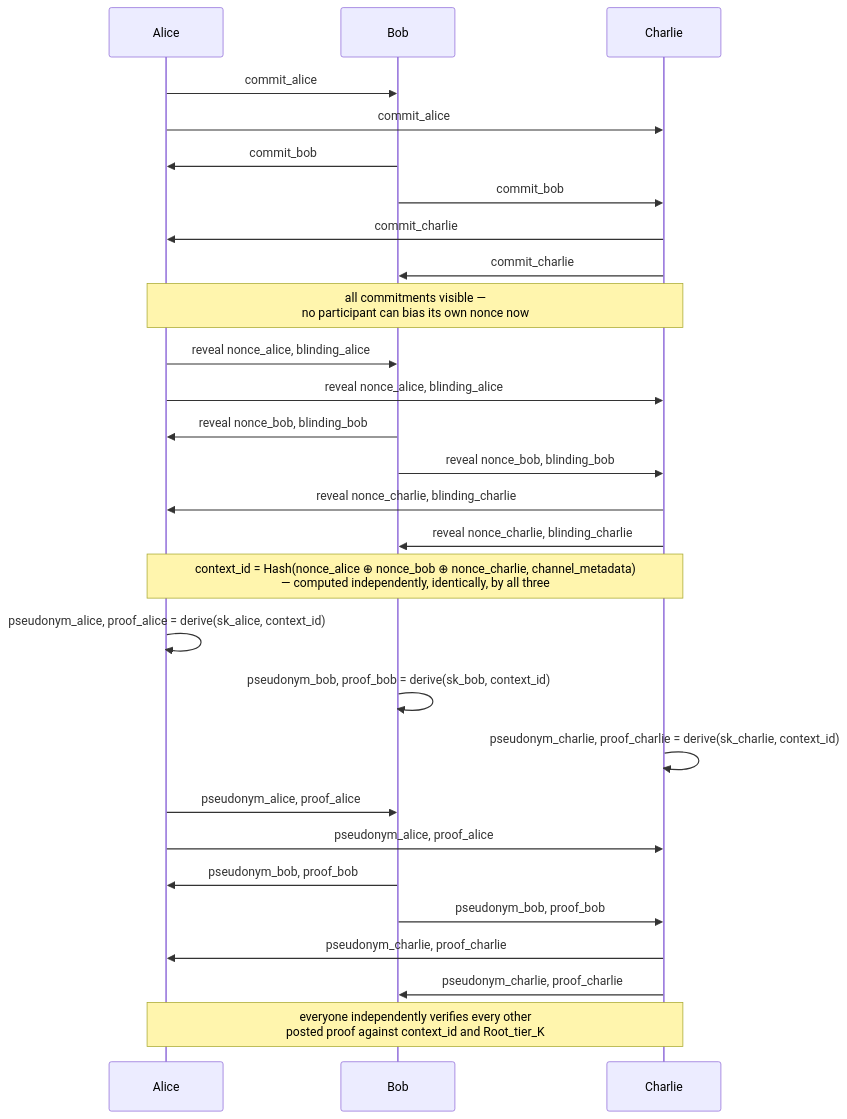
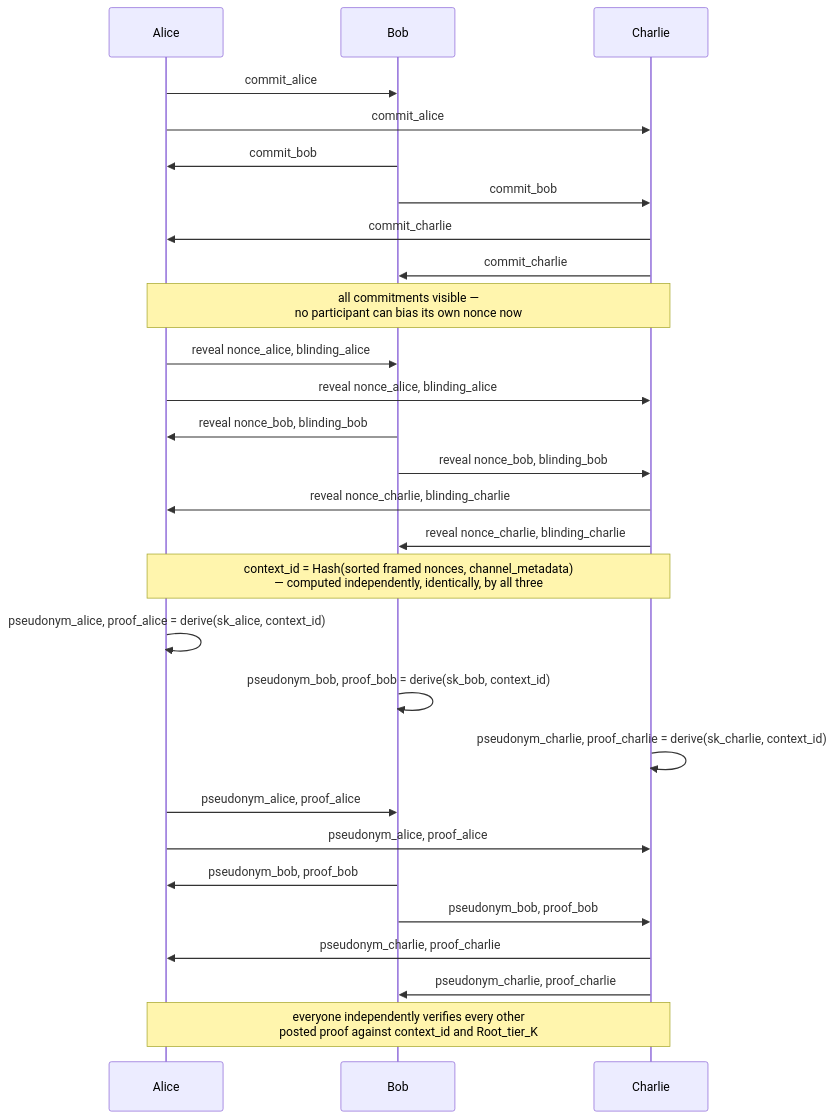
One commit to xyberal/nymora changed the fourth of 6 diagrams in spec/nymora-protocol.md. Above: the diagram before and after it, drawn with Mermaid. The commit also changed other lines of this file and 2 other files, not shown here.

````diff
--- a/spec/nymora-protocol.md
+++ b/spec/nymora-protocol.md
@@ -465,37 +477,37 @@
 ```mermaid
 sequenceDiagram
     participant Alice
     participant Bob
     participant Charlie
 
     Alice->>Bob: commit_alice
     Alice->>Charlie: commit_alice
     Bob->>Alice: commit_bob
     Bob->>Charlie: commit_bob
     Charlie->>Alice: commit_charlie
     Charlie->>Bob: commit_charlie
 
     Note over Alice,Charlie: all commitments visible —<br/>no participant can bias its own nonce now
 
     Alice->>Bob: reveal nonce_alice, blinding_alice
     Alice->>Charlie: reveal nonce_alice, blinding_alice
     Bob->>Alice: reveal nonce_bob, blinding_bob
     Bob->>Charlie: reveal nonce_bob, blinding_bob
     Charlie->>Alice: reveal nonce_charlie, blinding_charlie
     Charlie->>Bob: reveal nonce_charlie, blinding_charlie
 
-    Note over Alice,Charlie: context_id = Hash(nonce_alice ⊕ nonce_bob ⊕ nonce_charlie, channel_metadata)<br/>— computed independently, identically, by all three
+    Note over Alice,Charlie: context_id = Hash(sorted framed nonces, channel_metadata)<br/>— computed independently, identically, by all three
 
     Alice->>Alice: pseudonym_alice, proof_alice = derive(sk_alice, context_id)
     Bob->>Bob: pseudonym_bob, proof_bob = derive(sk_bob, context_id)
     Charlie->>Charlie: pseudonym_charlie, proof_charlie = derive(sk_charlie, context_id)
 
     Alice->>Bob: pseudonym_alice, proof_alice
     Alice->>Charlie: pseudonym_alice, proof_alice
     Bob->>Alice: pseudonym_bob, proof_bob
     Bob->>Charlie: pseudonym_bob, proof_bob
     Charlie->>Alice: pseudonym_charlie, proof_charlie
     Charlie->>Bob: pseudonym_charlie, proof_charlie
 
     Note over Alice,Charlie: everyone independently verifies every other<br/>posted proof against context_id and Root_tier_K
 ```
````
